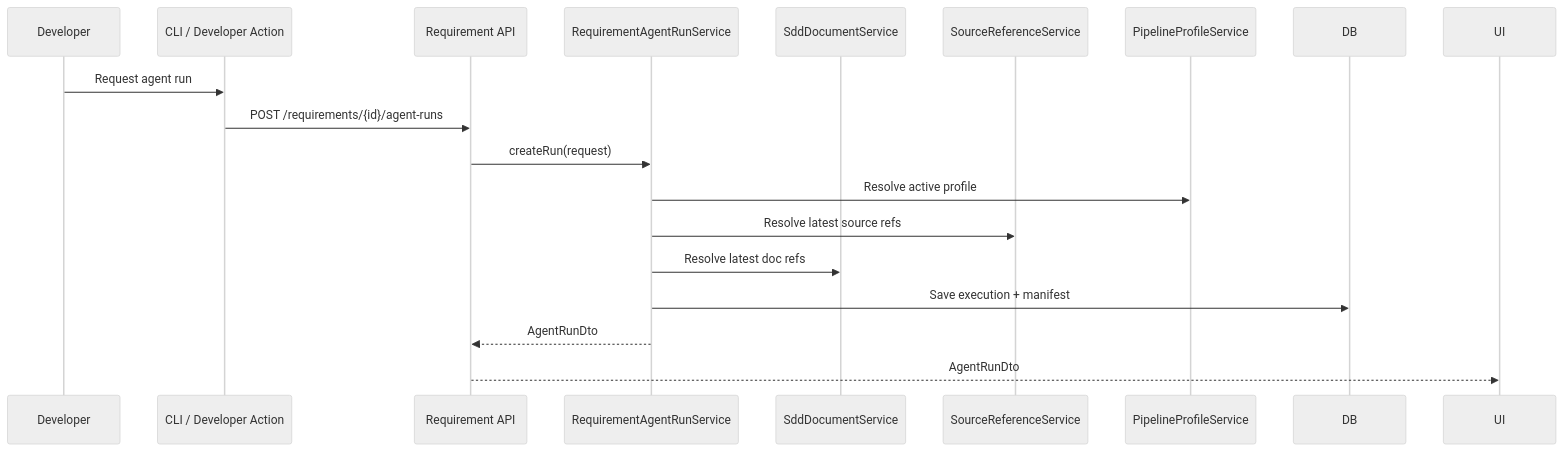
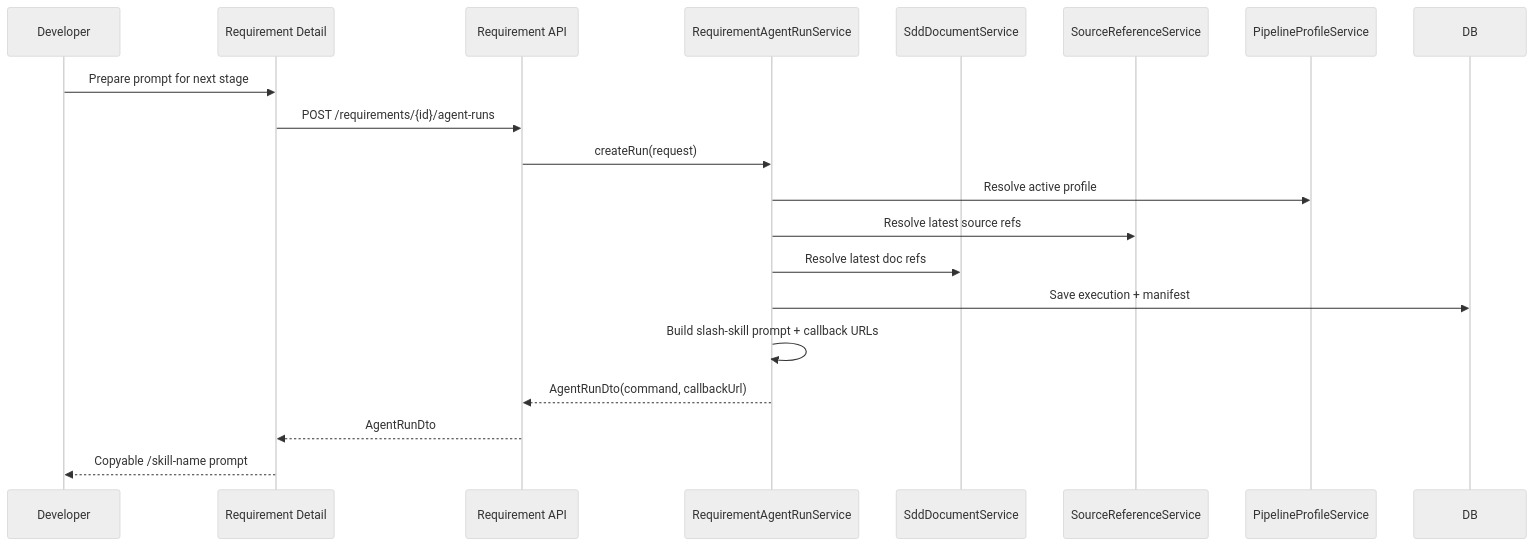
The fourth of 8 diagrams in docs/04-architecture/requirement-control-plane-data-flow.md (wwa-lab/Agentic-SDLC-Control-Tower), drawn with Mermaid (neutral theme) before and after one commit. The commit also changed other lines of this file and 28 other files, not shown here.

Commit message:
feat: add requirement next action workflow

````diff
--- a/docs/04-architecture/requirement-control-plane-data-flow.md
+++ b/docs/04-architecture/requirement-control-plane-data-flow.md
@@ -95,21 +96,23 @@
 ```mermaid
 sequenceDiagram
     participant Developer
-    participant Tool as CLI / Developer Action
+    participant UI as Requirement Detail
     participant API as Requirement API
     participant AgentSvc as RequirementAgentRunService
     participant Docs as SddDocumentService
     participant Source as SourceReferenceService
     participant Profile as PipelineProfileService
     participant DB as DB
 
-    Developer->>Tool: Request agent run
-    Tool->>API: POST /requirements/{id}/agent-runs
+    Developer->>UI: Prepare prompt for next stage
+    UI->>API: POST /requirements/{id}/agent-runs
     API->>AgentSvc: createRun(request)
     AgentSvc->>Profile: Resolve active profile
     AgentSvc->>Source: Resolve latest source refs
     AgentSvc->>Docs: Resolve latest doc refs
     AgentSvc->>DB: Save execution + manifest
-    AgentSvc-->>API: AgentRunDto
+    AgentSvc->>AgentSvc: Build slash-skill prompt + callback URLs
+    AgentSvc-->>API: AgentRunDto(command, callbackUrl)
     API-->>UI: AgentRunDto
+    UI-->>Developer: Copyable /skill-name prompt
 ```
````
